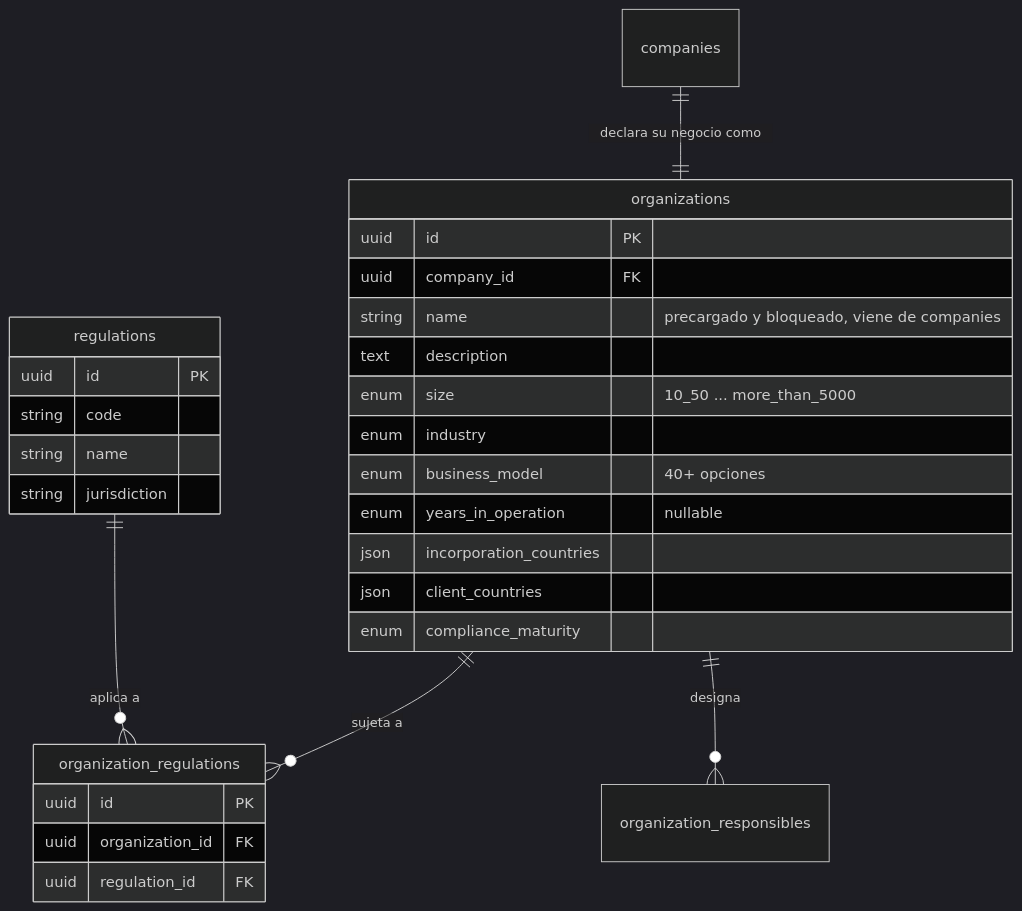
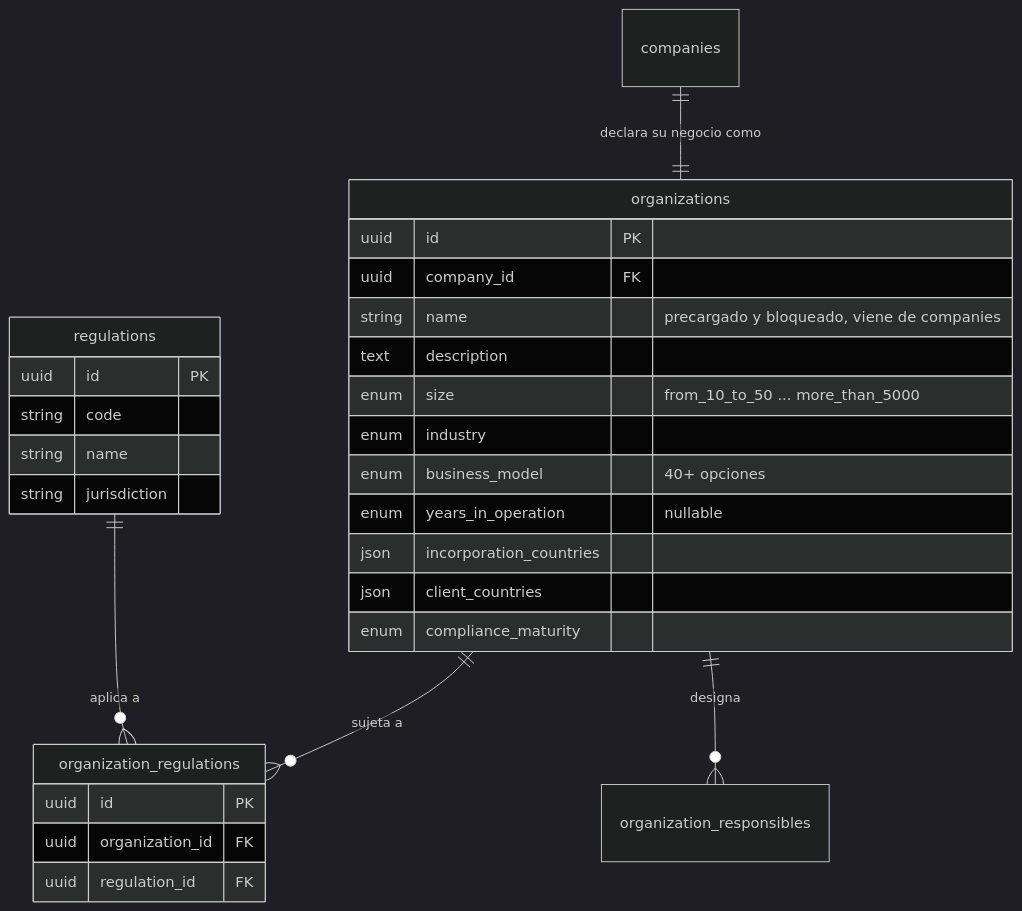
Before and after one commit to Monkey-GRC/Monkey-Brain-IA: the eighth of 16 diagrams in skills/product/monkey-compliance-council/references/modelo-datos.md, drawn with Mermaid (dark theme). The commit also changed other lines of this file and 4 other files, not shown here.

````diff
--- a/skills/product/monkey-compliance-council/references/modelo-datos.md
+++ b/skills/product/monkey-compliance-council/references/modelo-datos.md
@@ -791,31 +791,31 @@
 ```mermaid
 erDiagram
     organizations {
         uuid id PK
         uuid company_id FK
         string name "precargado y bloqueado, viene de companies"
         text description
-        enum size "10_50 ... more_than_5000"
+        enum size "from_10_to_50 ... more_than_5000"
         enum industry
         enum business_model "40+ opciones"
         enum years_in_operation "nullable"
         json incorporation_countries
         json client_countries
         enum compliance_maturity
     }
     regulations {
         uuid id PK
         string code
         string name
         string jurisdiction
     }
     organization_regulations {
         uuid id PK
         uuid organization_id FK
         uuid regulation_id FK
     }
     companies ||--|| organizations : "declara su negocio como"
     organizations ||--o{ organization_regulations : "sujeta a"
     regulations ||--o{ organization_regulations : "aplica a"
     organizations ||--o{ organization_responsibles : "designa"
 ```
````
